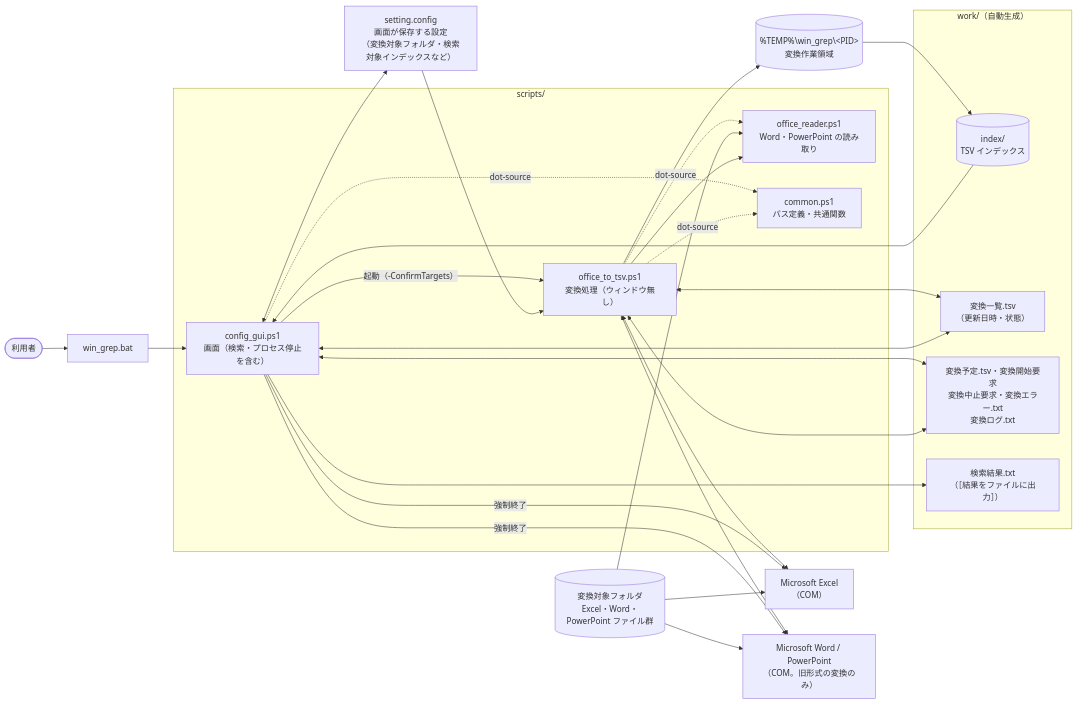
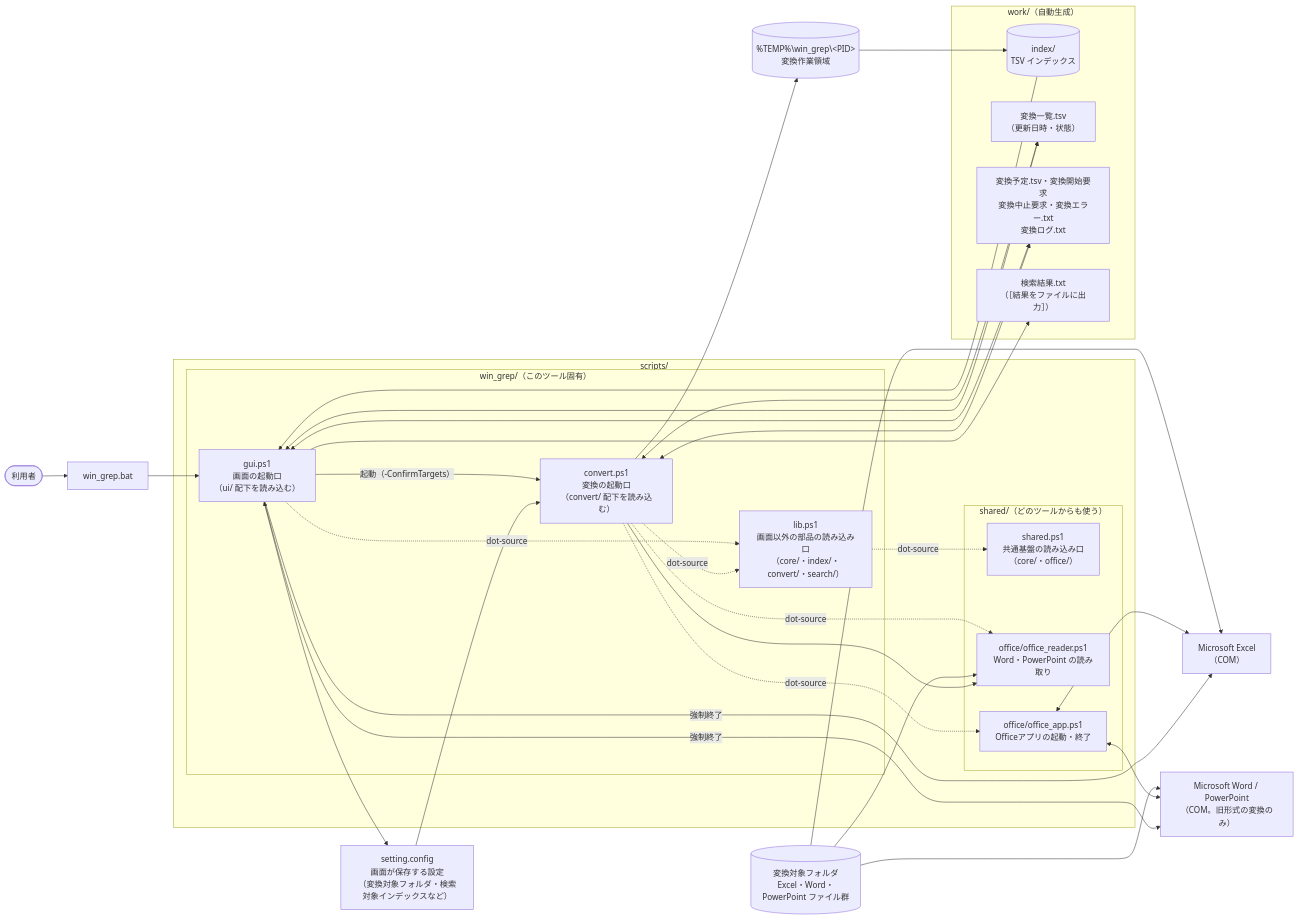
The first of 2 diagrams in docs/00_index.md (hsgwa/tebunko), drawn with Mermaid before and after one commit. The commit also changed other lines of this file and 18 other files, not shown here.

````diff
--- a/docs/00_index.md
+++ b/docs/00_index.md
@@ -71,48 +71,56 @@
 ```mermaid
 flowchart LR
     user(["利用者"])
 
     bat["win_grep.bat"]
 
     subgraph scripts["scripts/"]
-        gui["config_gui.ps1<br>画面（検索・プロセス停止を含む）"]
-        conv["office_to_tsv.ps1<br>変換処理（ウィンドウ無し）"]
-        reader["office_reader.ps1<br>Word・PowerPoint の読み取り"]
-        common["common.ps1<br>パス定義・共通関数"]
+        subgraph tool["win_grep/（このツール固有）"]
+            gui["gui.ps1<br>画面の起動口<br>（ui/ 配下を読み込む）"]
+            conv["convert.ps1<br>変換の起動口<br>（convert/ 配下を読み込む）"]
+            common["lib.ps1<br>画面以外の部品の読み込み口<br>（core/・index/・convert/・search/）"]
+        end
+        subgraph sh["shared/（どのツールからも使う）"]
+            shared["shared.ps1<br>共通基盤の読み込み口<br>（core/・office/）"]
+            reader["office/office_reader.ps1<br>Word・PowerPoint の読み取り"]
+            app["office/office_app.ps1<br>Officeアプリの起動・終了"]
+        end
     end
 
     c1["setting.config<br>画面が保存する設定<br>（変換対象フォルダ・検索対象インデックスなど）"]
 
     subgraph work["work/（自動生成）"]
         idx[("index/<br>TSV インデックス")]
         status["変換一覧.tsv<br>（更新日時・状態）"]
         ctl["変換予定.tsv・変換開始要求<br>変換中止要求・変換エラー.txt<br>変換ログ.txt"]
         out["検索結果.txt<br>（［結果をファイルに出力］）"]
     end
 
     tmp[("%TEMP%\win_grep\#lt;PID#gt;<br>変換作業領域")]
     src[("変換対象フォルダ<br>Excel・Word・PowerPoint ファイル群")]
     excel["Microsoft Excel<br>（COM）"]
     office["Microsoft Word / PowerPoint<br>（COM。旧形式の変換のみ）"]
 
     user --> bat --> gui
     gui -- "起動（-ConfirmTargets）" --> conv
     gui -. "dot-source" .-> common
     conv -. "dot-source" .-> common
+    common -. "dot-source" .-> shared
     conv -. "dot-source" .-> reader
+    conv -. "dot-source" .-> app
 
     gui <--> c1
     c1 --> conv
     src --> excel & office & reader
-    conv <--> excel
-    conv <--> office
+    app <--> excel
+    app <--> office
     conv --> reader
     conv <--> status
     gui <--> status & ctl
     conv <--> ctl
     conv --> tmp --> idx
 
     idx --> gui
     gui --> out
     gui -- "強制終了" --> excel & office
 ```
````
